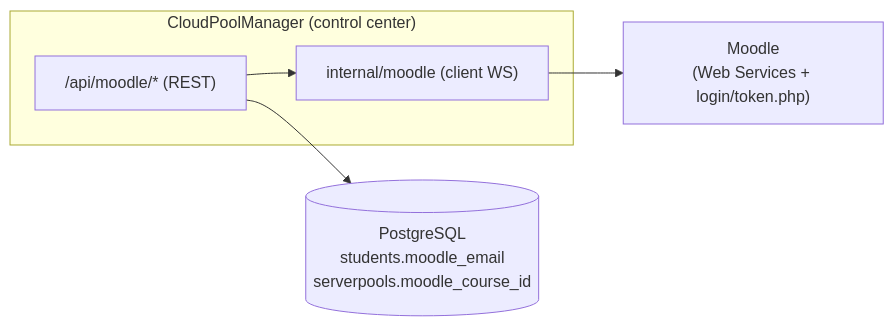
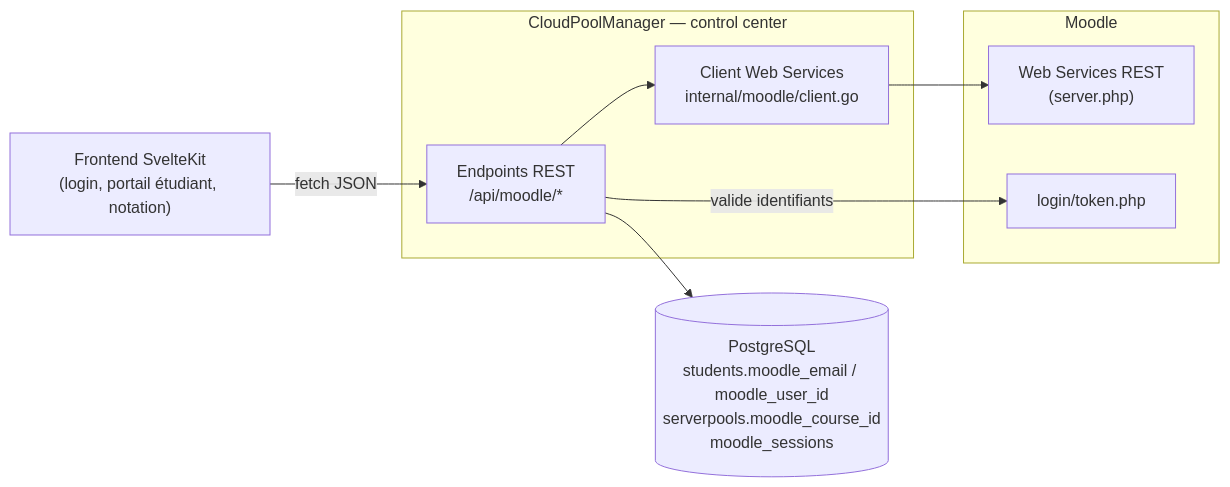
One commit to jupytercloud-project/vm_pool_manager changed the first of 2 diagrams in doc/11-moodle.md. Above: the diagram before and after it, drawn with Mermaid. The commit also changed other lines of this file, not shown here.

First line of the commit message:
docs(moodle): doc complete de l'integration + precision lecture seule au deploiement

````diff
--- a/doc/11-moodle.md
+++ b/doc/11-moodle.md
@@ -13,11 +32,18 @@
 ```mermaid
 flowchart LR
-    subgraph CPM["CloudPoolManager (control center)"]
-      MC["internal/moodle (client WS)"]
-      EP["/api/moodle/* (REST)"]
+    subgraph CPM["CloudPoolManager — control center"]
+      EP["Endpoints REST\n/api/moodle/*"]
+      MC["Client Web Services\ninternal/moodle/client.go"]
     end
-    M["Moodle\n(Web Services + login/token.php)"]
-    PG[("PostgreSQL\nstudents.moodle_email\nserverpools.moodle_course_id")]
-    EP --> MC --> M
+    subgraph M["Moodle"]
+      WS["Web Services REST\n(server.php)"]
+      TK["login/token.php"]
+    end
+    PG[("PostgreSQL\nstudents.moodle_email / moodle_user_id\nserverpools.moodle_course_id\nmoodle_sessions")]
+    FE["Frontend SvelteKit\n(login, portail étudiant, notation)"]
+
+    FE -->|fetch JSON| EP
+    EP --> MC --> WS
+    EP -->|valide identifiants| TK
     EP --> PG
 ```
````
